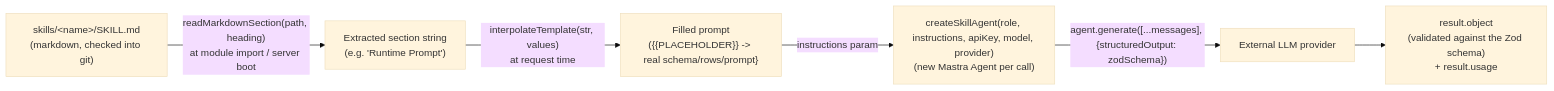
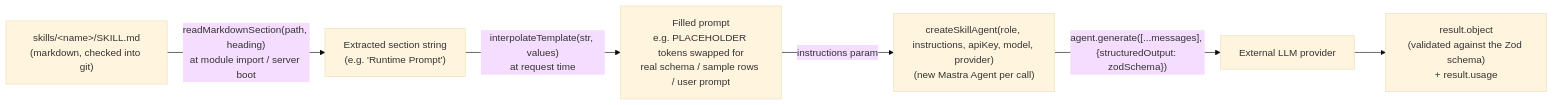
Before and after one commit to chaditroudi/MindAi: diagram 13 of 14 in README.md, drawn with Mermaid (base theme).

Commit message:
Updated Changes

````diff
--- a/README.md
+++ b/README.md
@@ -613,8 +613,8 @@
 ```mermaid
 flowchart LR
     File["skills/&lt;name&gt;/SKILL.md\n(markdown, checked into git)"] -->|"readMarkdownSection(path, heading)\nat module import / server boot"| Section["Extracted section string\n(e.g. 'Runtime Prompt')"]
-    Section -->|"interpolateTemplate(str, values)\nat request time"| Filled["Filled prompt\n({{PLACEHOLDER}} -> real schema/rows/prompt}"]
+    Section -->|"interpolateTemplate(str, values)\nat request time"| Filled["Filled prompt\ne.g. PLACEHOLDER tokens swapped for\nreal schema / sample rows / user prompt"]
     Filled -->|"instructions param"| Agent["createSkillAgent(role, instructions, apiKey, model, provider)\n(new Mastra Agent per call)"]
     Agent -->|"agent.generate([...messages], {structuredOutput: zodSchema})"| LLM["External LLM provider"]
     LLM --> Result["result.object\n(validated against the Zod schema)\n+ result.usage"]
 ```
````
